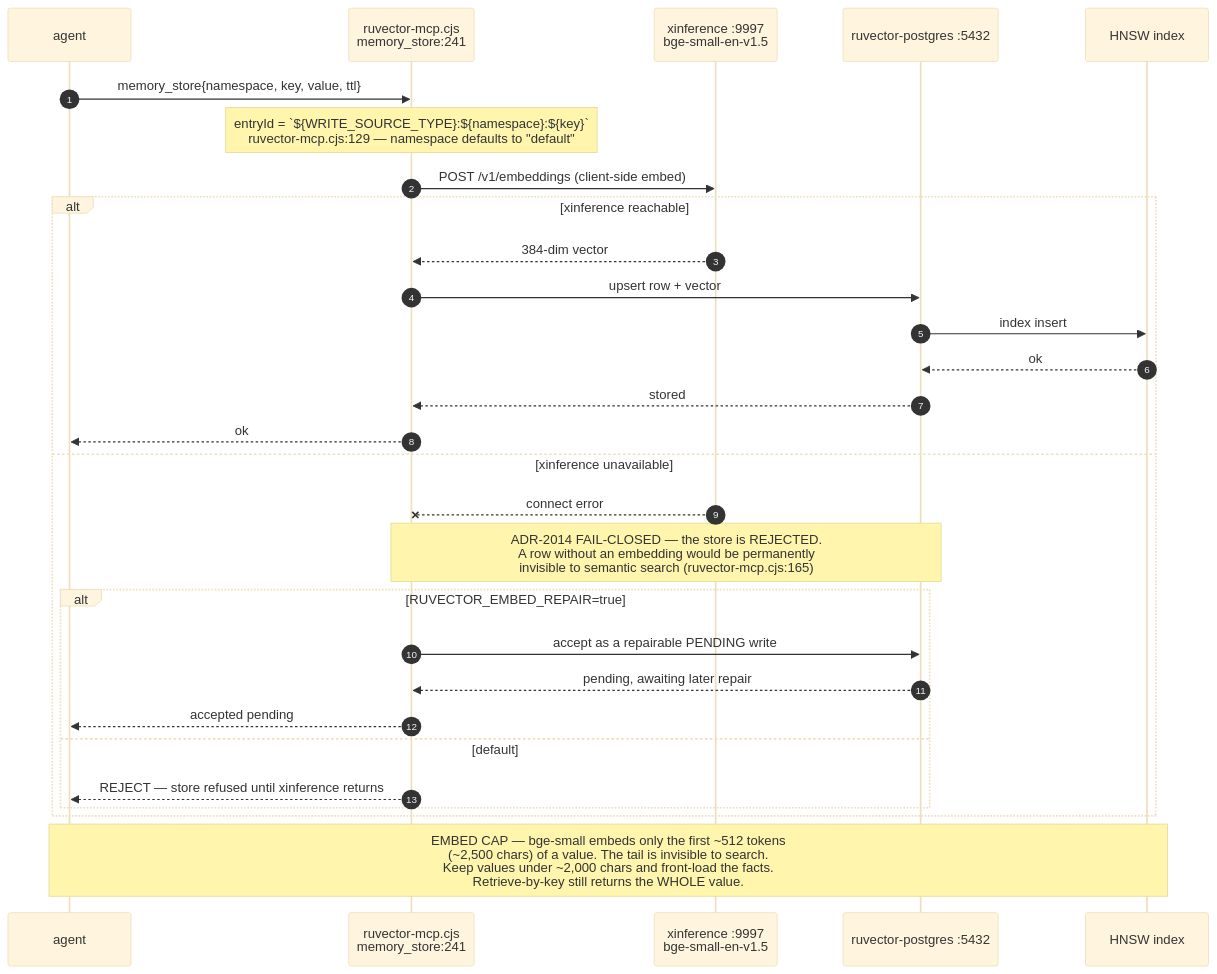
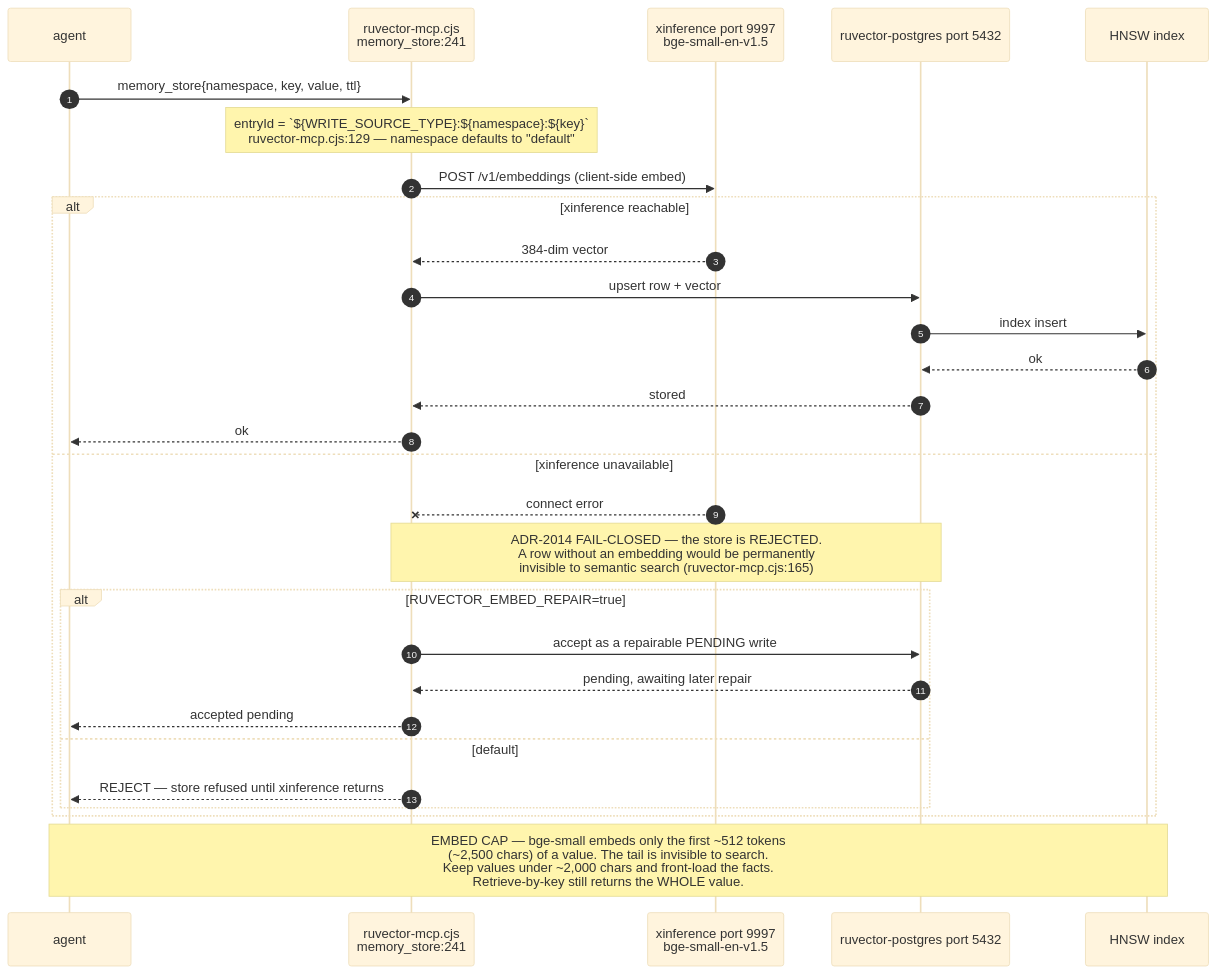
One commit to DreamLab-AI/VisionFlow changed the second of 9 diagrams in docs/diagrams/estate/07-memory-and-embedding-estate.md. Above: the diagram before and after it, drawn with Mermaid (base theme). The commit also changed other lines of this file and 51 other files, not shown here.

First line of the commit message:
docs(diagrams): agentbox AB-01..13 re-attested anchor by anchor (980 anchors, 22 defects); checkpoint against an out-of-mesh writer

````diff
--- a/docs/diagrams/estate/07-memory-and-embedding-estate.md
+++ b/docs/diagrams/estate/07-memory-and-embedding-estate.md
@@ -66,32 +66,32 @@
 ```mermaid
 sequenceDiagram
     autonumber
     participant A as agent
     participant M as ruvector-mcp.cjs<br/>memory_store:241
-    participant X as xinference :9997<br/>bge-small-en-v1.5
-    participant P as ruvector-postgres :5432
+    participant X as xinference port 9997<br/>bge-small-en-v1.5
+    participant P as ruvector-postgres port 5432
     participant H as HNSW index
 
     A->>M: memory_store{namespace, key, value, ttl}
     Note over M: entryId = `${WRITE_SOURCE_TYPE}:${namespace}:${key}`<br/>ruvector-mcp.cjs:129 — namespace defaults to "default"
     M->>X: POST /v1/embeddings (client-side embed)
     alt xinference reachable
         X-->>M: 384-dim vector
         M->>P: upsert row + vector
         P->>H: index insert
         H-->>P: ok
         P-->>M: stored
         M-->>A: ok
     else xinference unavailable
         X--xM: connect error
         Note over M,P: ADR-2014 FAIL-CLOSED — the store is REJECTED.<br/>A row without an embedding would be permanently<br/>invisible to semantic search (ruvector-mcp.cjs:165)
         alt RUVECTOR_EMBED_REPAIR=true
             M->>P: accept as a repairable PENDING write
             P-->>M: pending, awaiting later repair
             M-->>A: accepted pending
         else default
             M-->>A: REJECT — store refused until xinference returns
         end
     end
     Note over A,H: EMBED CAP — bge-small embeds only the first ~512 tokens<br/>(~2,500 chars) of a value. The tail is invisible to search.<br/>Keep values under ~2,000 chars and front-load the facts.<br/>Retrieve-by-key still returns the WHOLE value.
 ```
````
